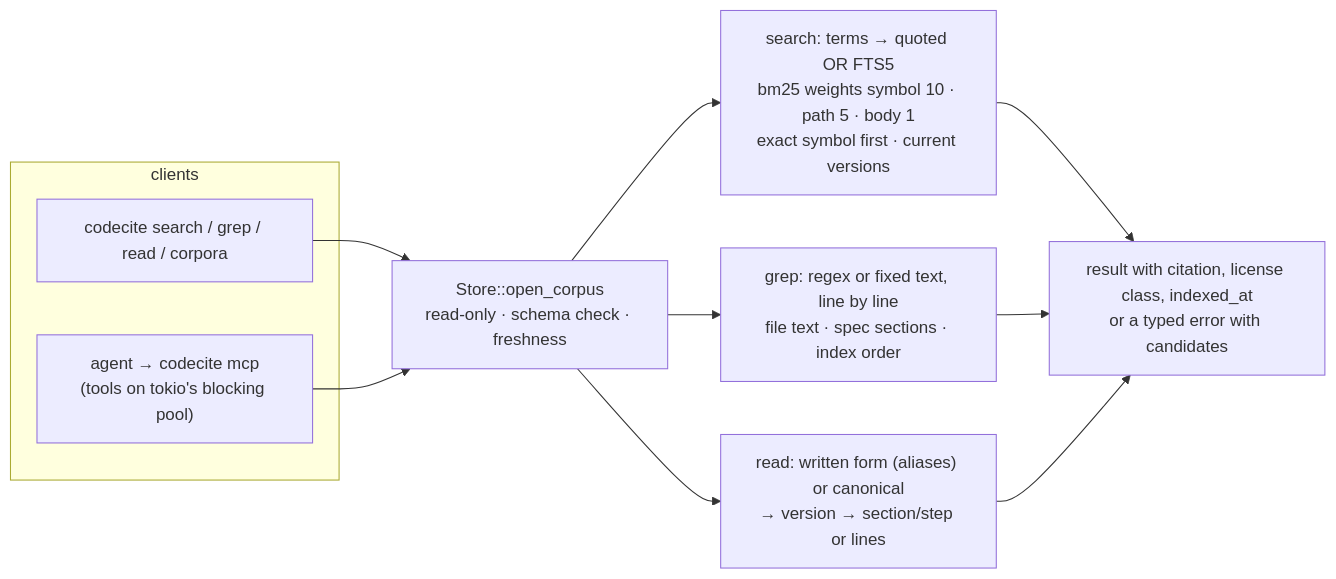
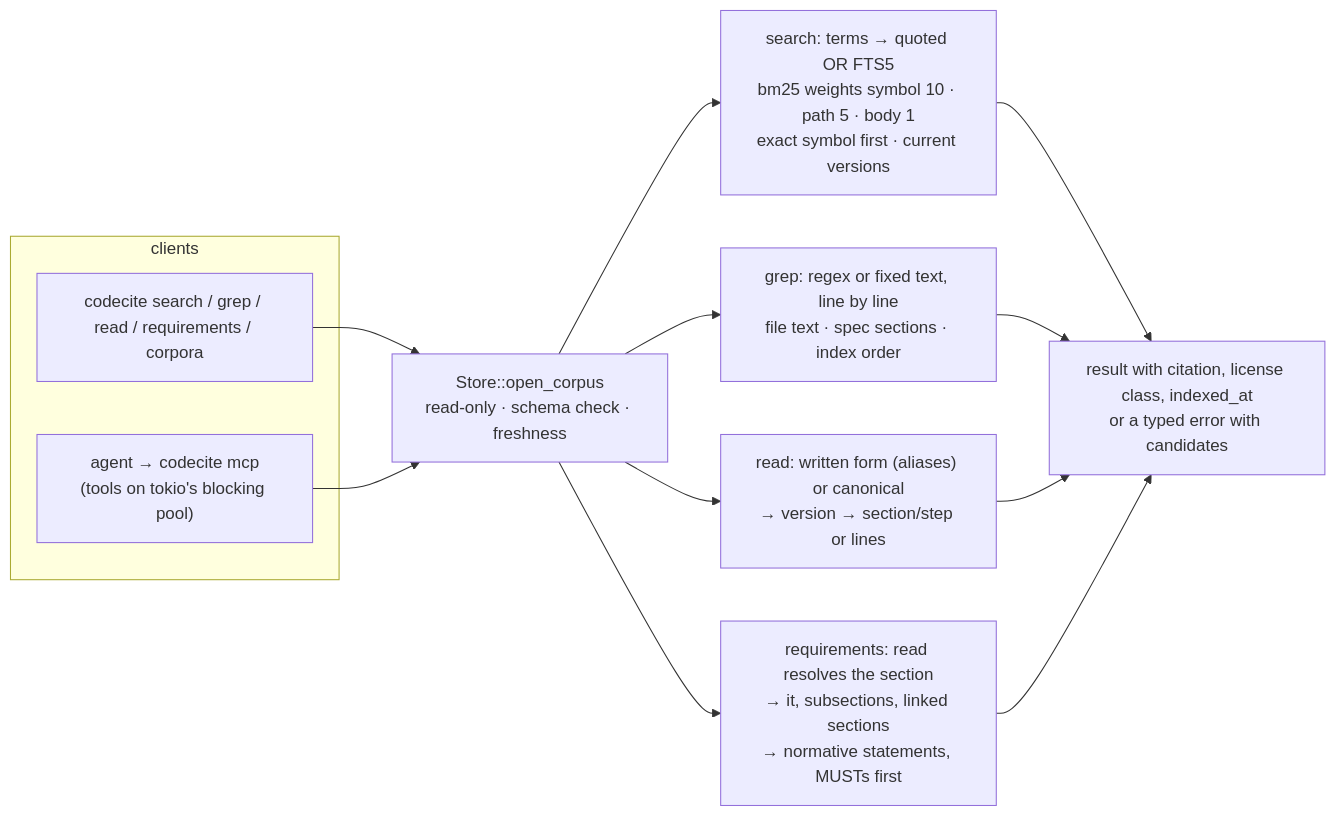
One commit to jamescrowley321/codecite changed the fourth of 5 diagrams in docs/design.md. Above: the diagram before and after it, drawn with Mermaid. The commit also changed other lines of this file and 7 other files, not shown here.

````diff
--- a/docs/design.md
+++ b/docs/design.md
@@ -113,12 +113,13 @@
 ```mermaid
 flowchart LR
   subgraph clients
-    cli["codecite search / grep / read / corpora"]
+    cli["codecite search / grep / read / requirements / corpora"]
     agent["agent → codecite mcp<br/>(tools on tokio's blocking pool)"]
   end
   cli & agent --> open["Store::open_corpus<br/>read-only · schema check · freshness"]
   open --> search["search: terms → quoted OR FTS5<br/>bm25 weights symbol 10 · path 5 · body 1<br/>exact symbol first · current versions"]
   open --> grep["grep: regex or fixed text, line by line<br/>file text · spec sections · index order"]
   open --> read["read: written form (aliases) or canonical<br/>→ version → section/step or lines"]
-  search & grep & read --> out["result with citation, license class, indexed_at<br/>or a typed error with candidates"]
+  open --> reqs["requirements: read resolves the section<br/>→ it, subsections, linked sections<br/>→ normative statements, MUSTs first"]
+  search & grep & read & reqs --> out["result with citation, license class, indexed_at<br/>or a typed error with candidates"]
 ```
````
